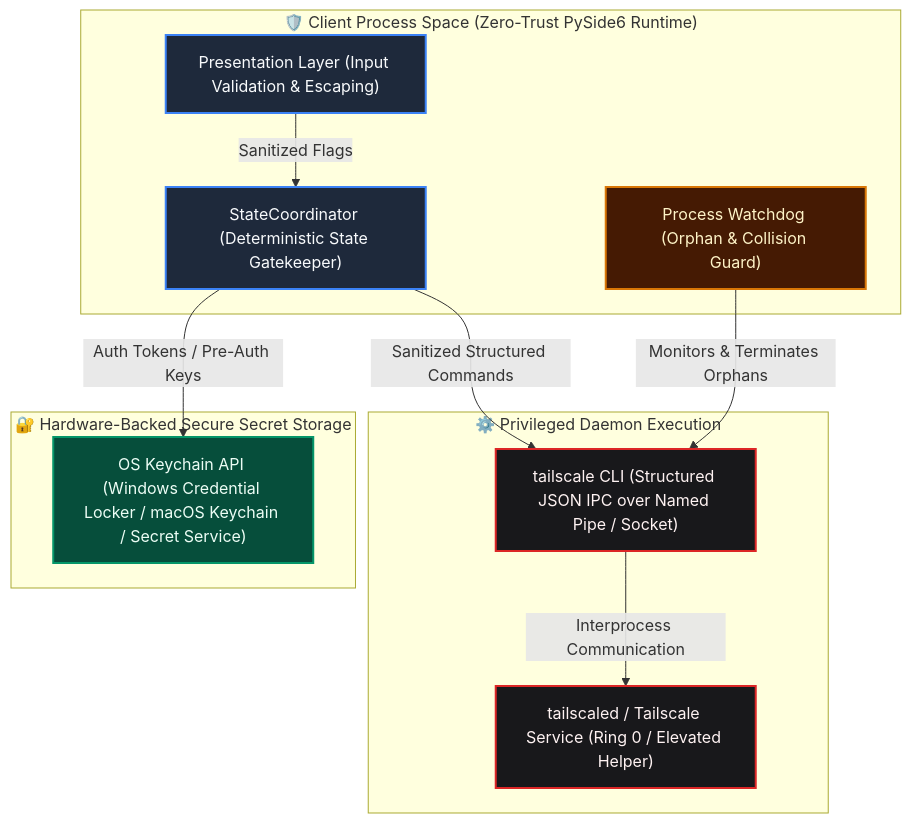
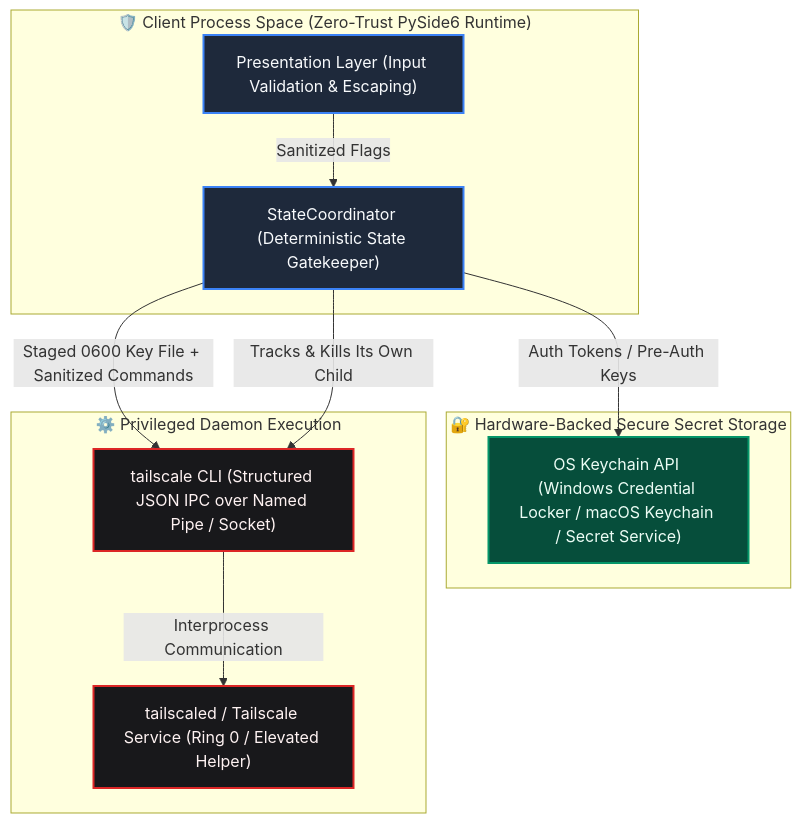
Before and after one commit to Arean82/Tailscale-Headscale-Client: the diagram in Docs/SECURITY.md, drawn with Mermaid. The commit also changed other lines of this file and 51 other files, not shown here.

````diff
--- a/Docs/SECURITY.md
+++ b/Docs/SECURITY.md
@@ -13,29 +13,28 @@
 ```mermaid
 graph TB
     %% Styling Classes
     classDef secure fill:#064e3b,stroke:#059669,stroke-width:2px,color:#ecfdf5;
     classDef boundary fill:#1e293b,stroke:#3b82f6,stroke-width:2px,color:#f8fafc;
     classDef isolate fill:#451a03,stroke:#d97706,stroke-width:2px,color:#fef3c7;
     classDef kernel fill:#18181b,stroke:#dc2626,stroke-width:2px,color:#fef2f2;
 
     subgraph ClientProcess ["🛡️ Client Process Space (Zero-Trust PySide6 Runtime)"]
         GUI["Presentation Layer (Input Validation & Escaping)"]:::boundary
         SC["StateCoordinator (Deterministic State Gatekeeper)"]:::boundary
-        WATCH["Process Watchdog (Orphan & Collision Guard)"]:::isolate
     end
 
     subgraph SecretVault ["🔐 Hardware-Backed Secure Secret Storage"]
         KEY["OS Keychain API (Windows Credential Locker / macOS Keychain / Secret Service)"]:::secure
     end
 
     subgraph DaemonZone ["⚙️ Privileged Daemon Execution"]
         TD["tailscaled / Tailscale Service (Ring 0 / Elevated Helper)"]:::kernel
         CLI["tailscale CLI (Structured JSON IPC over Named Pipe / Socket)"]:::kernel
     end
 
     GUI -->|Sanitized Flags| SC
     SC -->|Auth Tokens / Pre-Auth Keys| KEY
-    SC -->|Sanitized Structured Commands| CLI
+    SC -->|Staged 0600 Key File + Sanitized Commands| CLI
     CLI -->|Interprocess Communication| TD
-    WATCH -->|Monitors & Terminates Orphans| CLI
+    SC -->|Tracks & Kills Its Own Child| CLI
 ```
````
